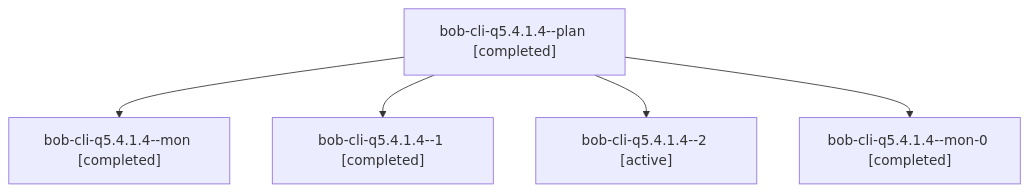
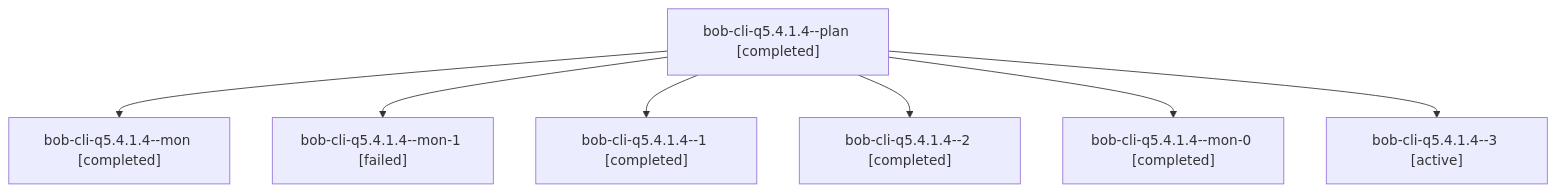
The diagram in sessions/bbugyi200.athena.bob-cli-q5.4.1.4.md (bobs-org/bob-cli--agents), drawn with Mermaid before and after one commit. The commit also changed other lines of this file and 132 other files, not shown here.

````diff
--- a/sessions/bbugyi200.athena.bob-cli-q5.4.1.4.md
+++ b/sessions/bbugyi200.athena.bob-cli-q5.4.1.4.md
@@ -9,12 +9,16 @@
 ```mermaid
 flowchart TD
   n0["bob-cli-q5.4.1.4--plan [completed]"]
   n1["bob-cli-q5.4.1.4--mon [completed]"]
   n0 --> n1
-  n2["bob-cli-q5.4.1.4--1 [completed]"]
+  n2["bob-cli-q5.4.1.4--mon-1 [failed]"]
   n0 --> n2
-  n3["bob-cli-q5.4.1.4--2 [active]"]
+  n3["bob-cli-q5.4.1.4--1 [completed]"]
   n0 --> n3
-  n4["bob-cli-q5.4.1.4--mon-0 [completed]"]
+  n4["bob-cli-q5.4.1.4--2 [completed]"]
   n0 --> n4
+  n5["bob-cli-q5.4.1.4--mon-0 [completed]"]
+  n0 --> n5
+  n6["bob-cli-q5.4.1.4--3 [active]"]
+  n0 --> n6
 ```
````
